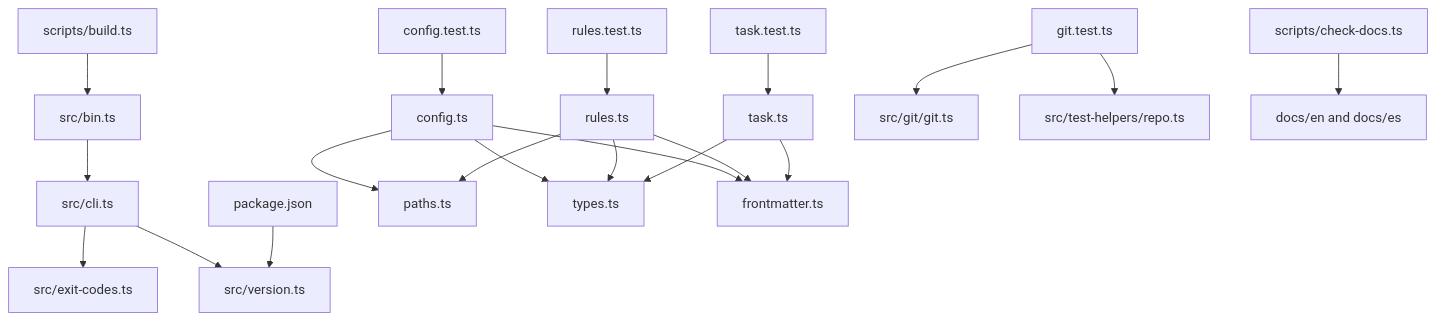
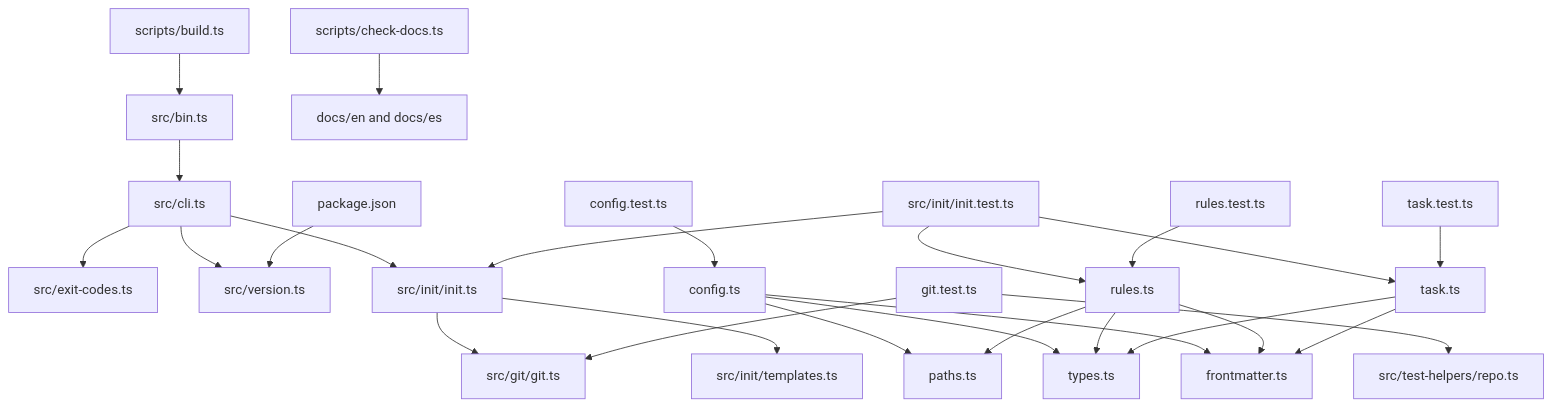
The diagram in docs/en/2-architecture/10-architecture.md (CodeLab614-AI/code-audit), drawn with Mermaid before and after one commit. The commit also changed other lines of this file and 53 other files, not shown here.

Commit message:
feat(init): add init command with localized templates and gitignore entries

````diff
--- a/docs/en/2-architecture/10-architecture.md
+++ b/docs/en/2-architecture/10-architecture.md
@@ -8,22 +8,28 @@
 ```mermaid
 flowchart TD
     bin["src/bin.ts"] --> cli["src/cli.ts"]
     cli --> codes["src/exit-codes.ts"]
     cli --> version["src/version.ts"]
+    cli --> init["src/init/init.ts"]
+    init --> git["src/git/git.ts"]
+    init --> templates["src/init/templates.ts"]
+    initTest["src/init/init.test.ts"] --> init
+    initTest --> rules["src/config/rules.ts"]
+    initTest --> task["src/config/task.ts"]
     pkg["package.json"] --> version
     configTest["config.test.ts"] --> config["config.ts"]
     rulesTest["rules.test.ts"] --> rules["rules.ts"]
     taskTest["task.test.ts"] --> task["task.ts"]
     config --> paths["paths.ts"]
     config --> types["types.ts"]
     config --> frontmatter["frontmatter.ts"]
     rules --> paths
     rules --> types
     rules --> frontmatter
     task --> types
     task --> frontmatter
     gitTest["git.test.ts"] --> git["src/git/git.ts"]
     gitTest --> repoHelper["src/test-helpers/repo.ts"]
     build["scripts/build.ts"] --> bin
     docsCheck["scripts/check-docs.ts"] --> docs["docs/en and docs/es"]
 ```
````
